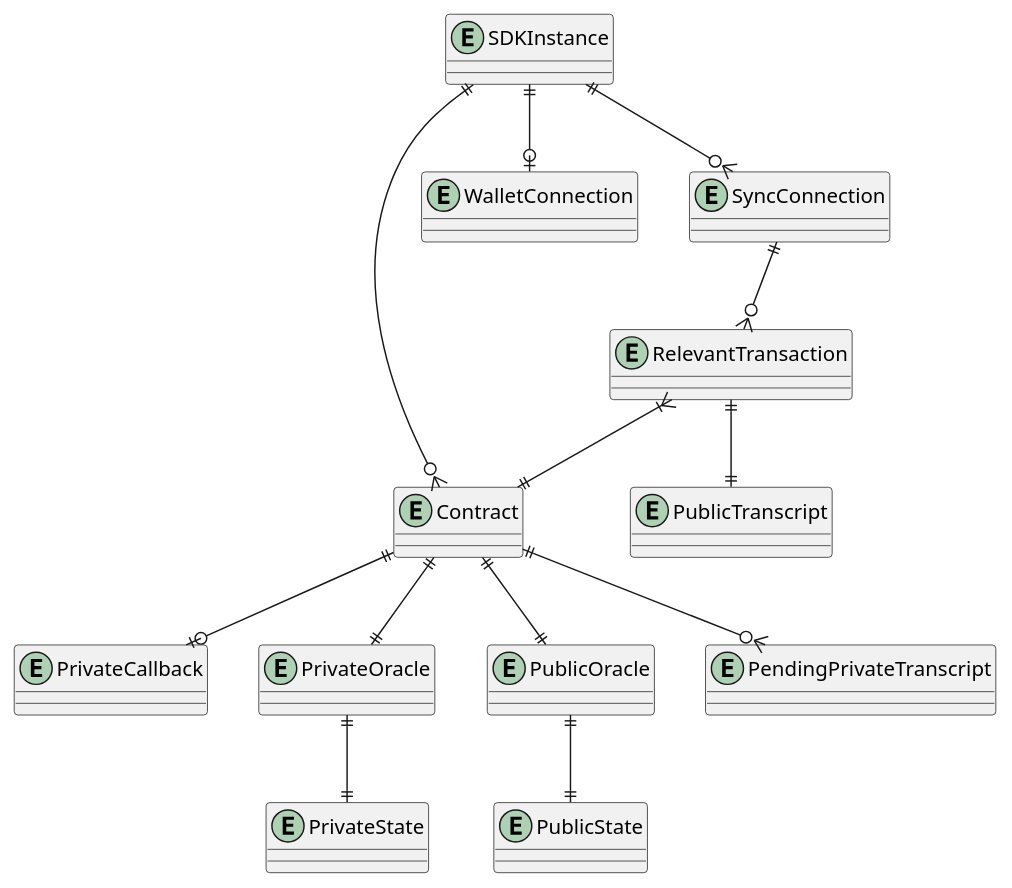
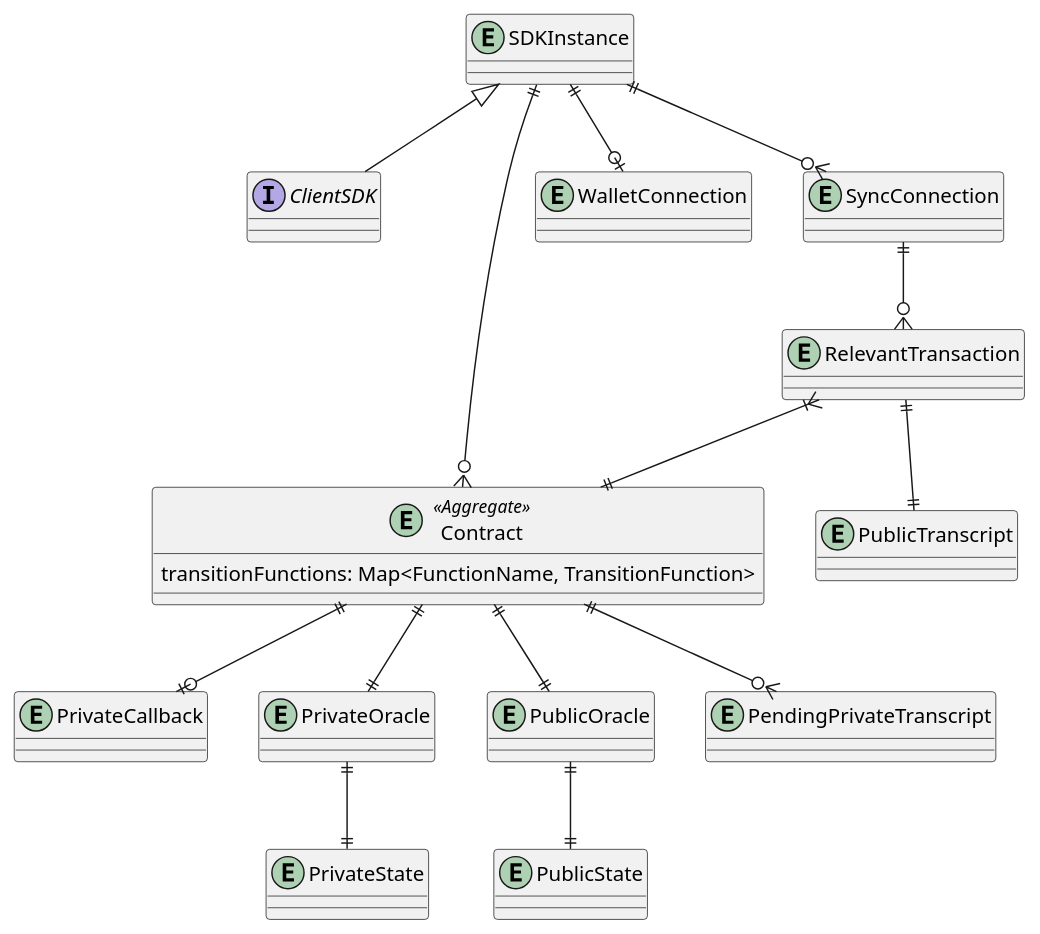
One commit to midnightntwrk/midnight-architecture changed the diagram in components/ClientSDK/datamodel.puml. Above: the diagram before and after it, drawn with PlantUML. The commit also changed 3 other files, not shown here.

Commit message:
Expand on Contract role in Client SDK

```diff
--- a/components/ClientSDK/datamodel.puml
+++ b/components/ClientSDK/datamodel.puml
@@ -1,30 +1,34 @@
 @startuml
+interface ClientSDK
 entity SDKInstance {}
-entity Contract {}
+entity Contract <<Aggregate>> {
+  transitionFunctions: Map<FunctionName, TransitionFunction>
+}
 entity WalletConnection {}
 entity SyncConnection {}
 entity RelevantTransaction {}
 entity PublicTranscript {}
 entity PrivateCallback {}
 entity PrivateOracle {}
 entity PrivateState {}
 entity PublicOracle {}
 entity PublicState {}
 entity PendingPrivateTranscript {}
 
+SDKInstance <|-- ClientSDK
 SDKInstance ||--o| WalletConnection
 SDKInstance ||--o{ SyncConnection
 SDKInstance ||--o{ Contract
 Contract ||--|| PrivateOracle
 Contract ||--|| PublicOracle
 PrivateOracle ||--|| PrivateState
 PublicOracle ||--|| PublicState
 Contract ||--o{ PendingPrivateTranscript
 Contract ||--o| PrivateCallback
 
 RelevantTransaction }|--|| Contract
 SyncConnection ||--o{ RelevantTransaction
 
 RelevantTransaction ||--|| PublicTranscript
 
 @enduml
```
